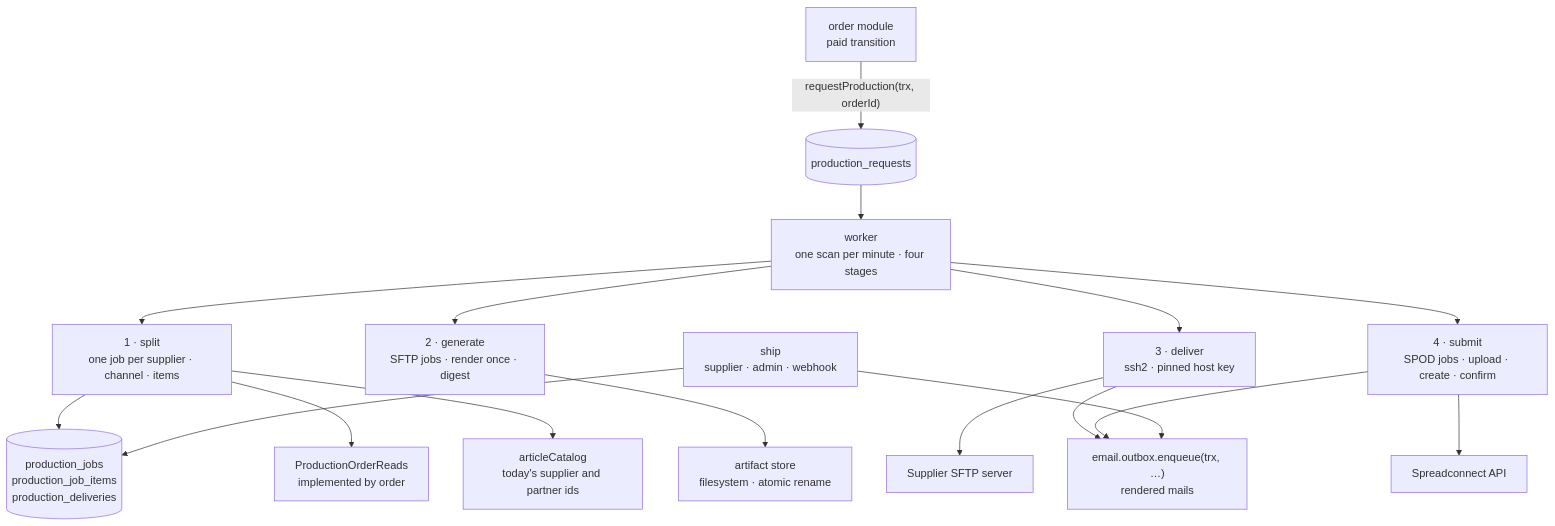
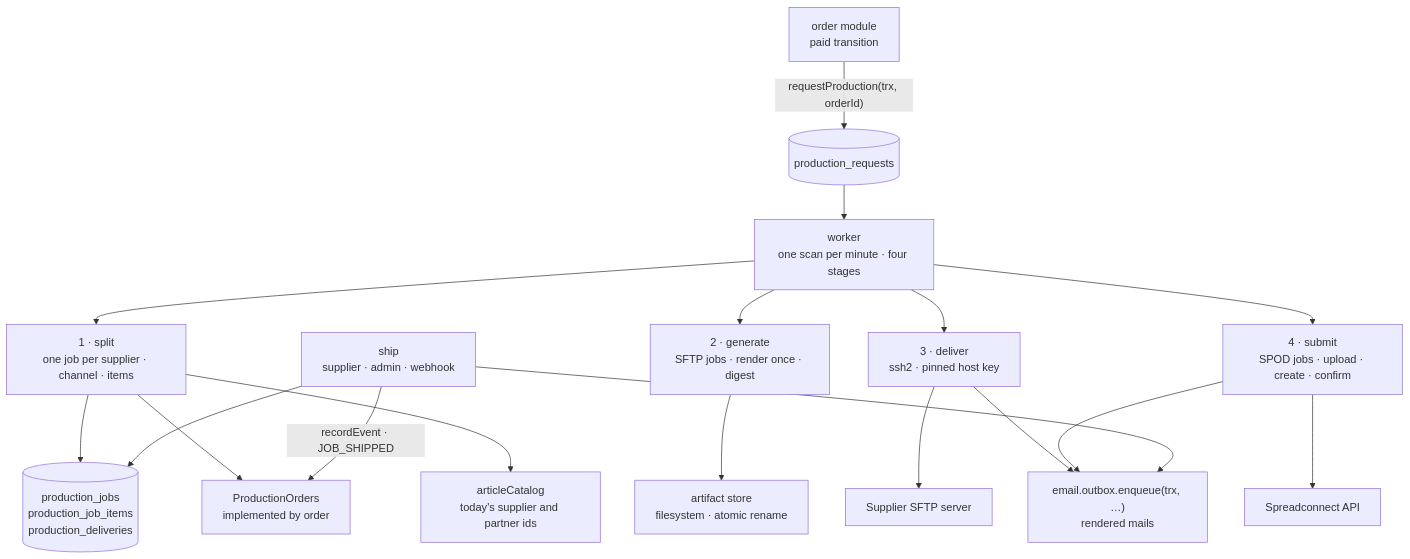
Before and after one commit to bitstorm-tech/voenix-shop-kotlin: the diagram in docs/dev/backend-ts/packages/production-package.md, drawn with Mermaid. The commit also changed other lines of this file and 47 other files, not shown here.

Commit message:
Record every order transition as an event and show an order's timeline to admins (#282 T4)

````diff
--- a/docs/dev/backend-ts/packages/production-package.md
+++ b/docs/dev/backend-ts/packages/production-package.md
@@ -61,30 +61,31 @@
 ```mermaid
 flowchart TB
     Paid["order module<br/>paid transition"]
     Requests[("production_requests")]
     Worker["worker<br/>one scan per minute · four stages"]
     Split["1 · split<br/>one job per supplier · channel · items"]
     Jobs[("production_jobs<br/>production_job_items<br/>production_deliveries")]
     Generate["2 · generate<br/>SFTP jobs · render once · digest"]
     Store["artifact store<br/>filesystem · atomic rename"]
     Deliver["3 · deliver<br/>ssh2 · pinned host key"]
     Server["Supplier SFTP server"]
     Submit["4 · submit<br/>SPOD jobs · upload · create · confirm"]
     Partner["Spreadconnect API"]
     Outbox["email.outbox.enqueue(trx, …)<br/>rendered mails"]
     Ship["ship<br/>supplier · admin · webhook"]
-    Orders["ProductionOrderReads<br/>implemented by order"]
+    Orders["ProductionOrders<br/>implemented by order"]
     Catalog["articleCatalog<br/>today's supplier and partner ids"]
 
     Paid -->|"requestProduction(trx, orderId)"| Requests --> Worker
     Worker --> Split --> Jobs
     Worker --> Generate --> Store
     Worker --> Deliver --> Server
     Worker --> Submit --> Partner
     Split --> Orders
     Split --> Catalog
     Deliver --> Outbox
     Submit --> Outbox
     Ship --> Jobs
     Ship --> Outbox
+    Ship -->|"recordEvent · JOB_SHIPPED"| Orders
 ```
````
